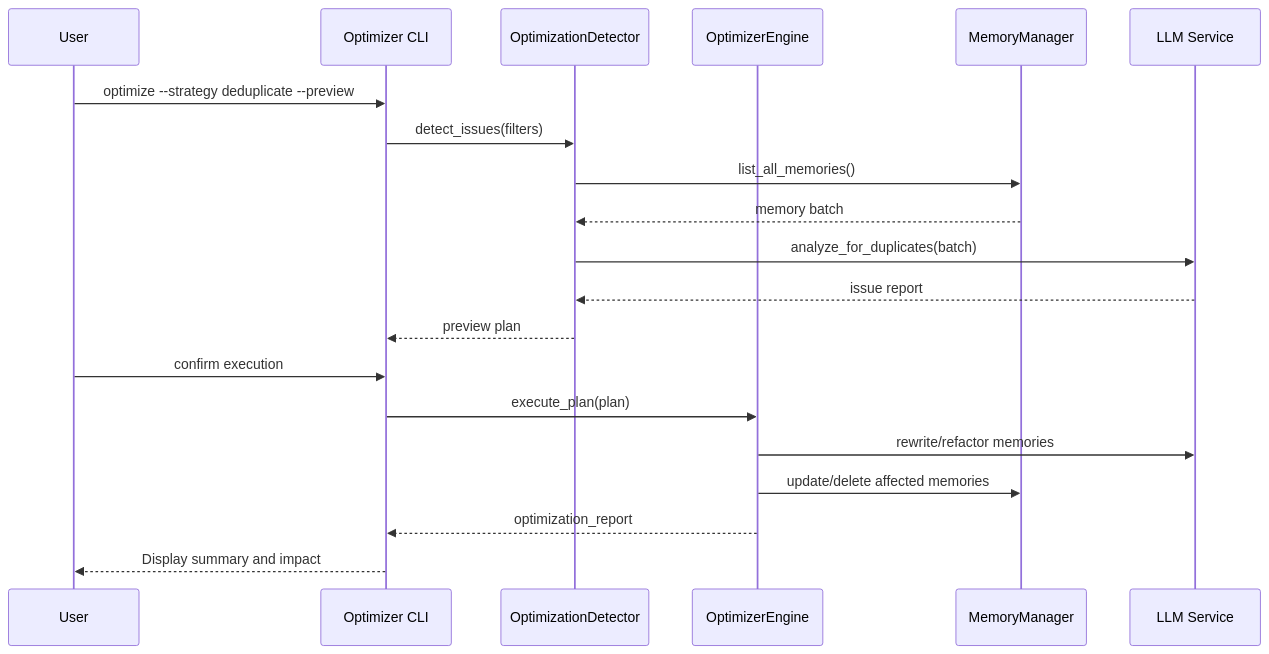
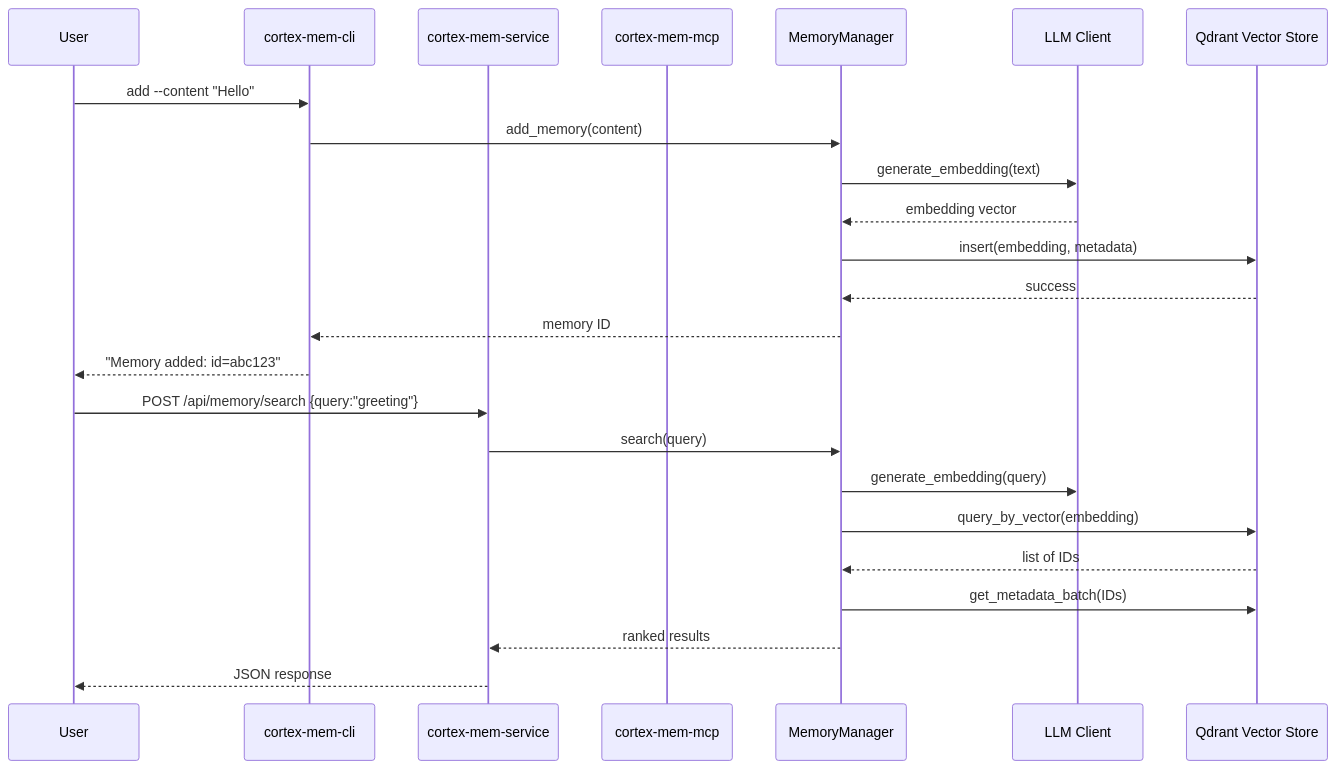
One commit to sopaco/cortex-mem changed the fourth of 6 diagrams in litho.docs/3.Workflow.md. Above: the diagram before and after it, drawn with Mermaid. The commit also changed other lines of this file and 11 other files, not shown here.

````diff
--- a/litho.docs/3.Workflow.md
+++ b/litho.docs/3.Workflow.md
@@ -163,23 +203,28 @@
 ```mermaid
 sequenceDiagram
-    participant U as User
-    participant O as Optimizer CLI
-    participant OD as OptimizationDetector
-    participant OP as OptimizerEngine
+    participant User
+    participant CLI as cortex-mem-cli
+    participant API as cortex-mem-service
+    participant MCP as cortex-mem-mcp
     participant MM as MemoryManager
-    participant LLM as LLM Service
+    participant LLM as LLM Client
+    participant VS as Qdrant Vector Store
 
-    U->>O: optimize --strategy deduplicate --preview
-    O->>OD: detect_issues(filters)
-    OD->>MM: list_all_memories()
-    MM-->>OD: memory batch
-    OD->>LLM: analyze_for_duplicates(batch)
-    LLM-->>OD: issue report
-    OD-->>O: preview plan
-    U->>O: confirm execution
-    O->>OP: execute_plan(plan)
-    OP->>LLM: rewrite/refactor memories
-    OP->>MM: update/delete affected memories
-    OP-->>O: optimization_report
-    O-->>U: Display summary and impact
+    User->>CLI: add --content "Hello"
+    CLI->>MM: add_memory(content)
+    MM->>LLM: generate_embedding(text)
+    LLM-->>MM: embedding vector
+    MM->>VS: insert(embedding, metadata)
+    VS-->>MM: success
+    MM-->>CLI: memory ID
+    CLI-->>User: "Memory added: id=abc123"
+
+    User->>API: POST /api/memory/search {query:"greeting"}
+    API->>MM: search(query)
+    MM->>LLM: generate_embedding(query)
+    MM->>VS: query_by_vector(embedding)
+    VS-->>MM: list of IDs
+    MM->>VS: get_metadata_batch(IDs)
+    MM-->>API: ranked results
+    API-->>User: JSON response
 ```
````
